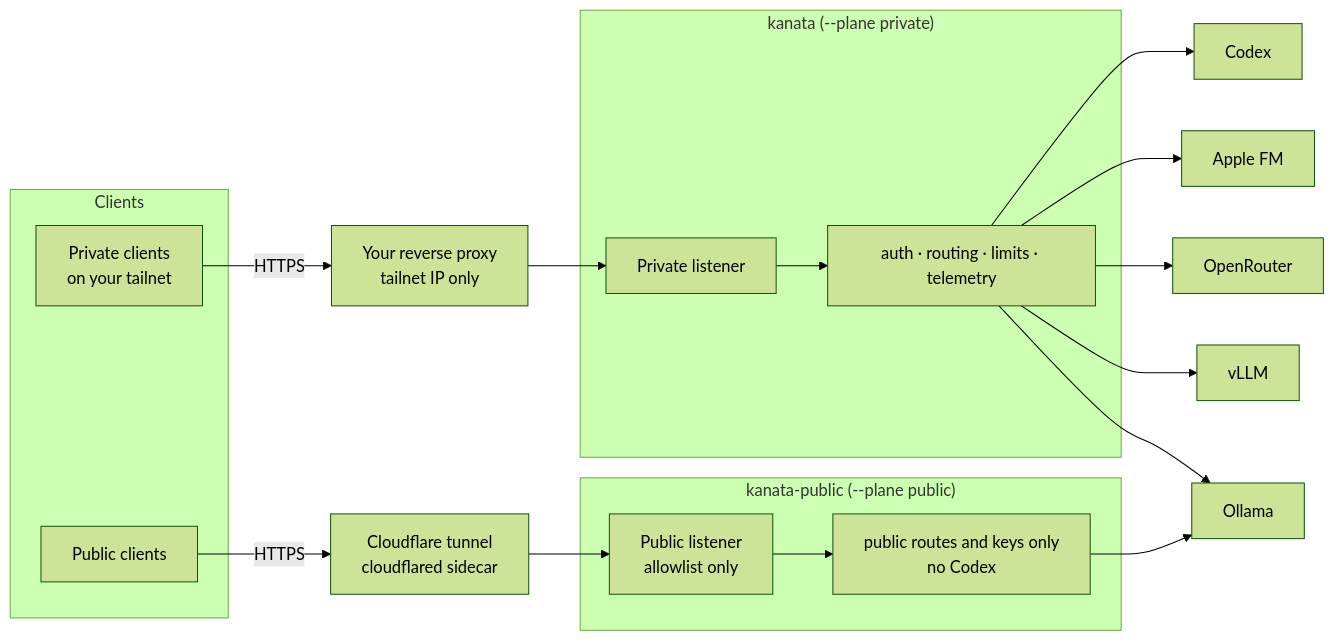
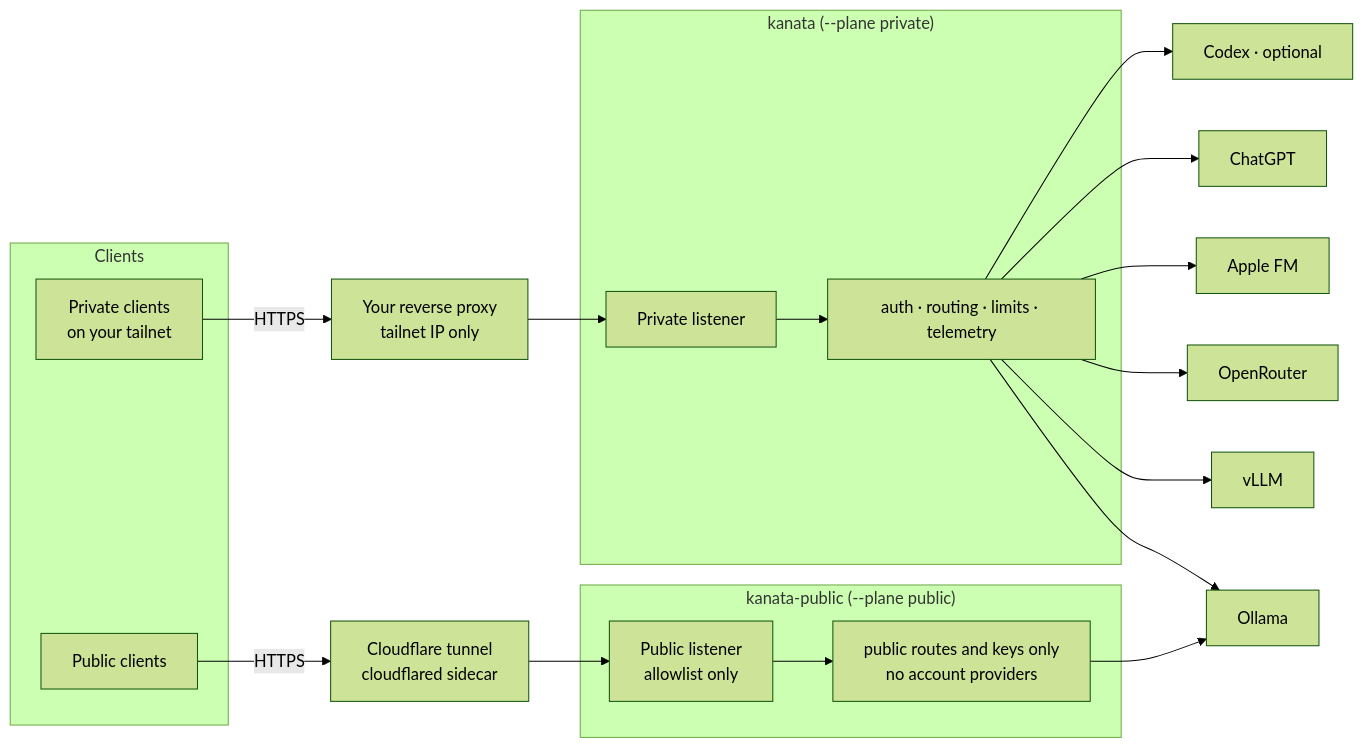
The diagram in README.md (hoshinoht/kanata), drawn with Mermaid (forest theme) before and after one commit. The commit also changed other lines of this file and 20 other files, not shown here.

````diff
--- a/README.md
+++ b/README.md
@@ -108,27 +108,28 @@
 ```mermaid
 flowchart LR
   subgraph Clients
     P[Private clients<br/>on your tailnet]
     X[Public clients]
   end
   P -->|HTTPS| RP[Your reverse proxy<br/>tailnet IP only]
   X -->|HTTPS| CF[Cloudflare tunnel<br/>cloudflared sidecar]
   RP --> KP
   CF --> KU
   subgraph Private["kanata (--plane private)"]
     KP[Private listener]
     CORE[auth · routing · limits · telemetry]
     KP --> CORE
   end
   subgraph Public["kanata-public (--plane public)"]
     KU[Public listener<br/>allowlist only]
-    PCORE[public routes and keys only<br/>no Codex]
+    PCORE[public routes and keys only<br/>no account providers]
     KU --> PCORE
   end
   CORE --> O[Ollama]
   CORE --> V[vLLM]
   CORE --> R[OpenRouter]
   CORE --> A[Apple FM]
-  CORE --> C[Codex]
+  CORE --> G[ChatGPT]
+  CORE --> C[Codex · optional]
   PCORE --> O
 ```
````
